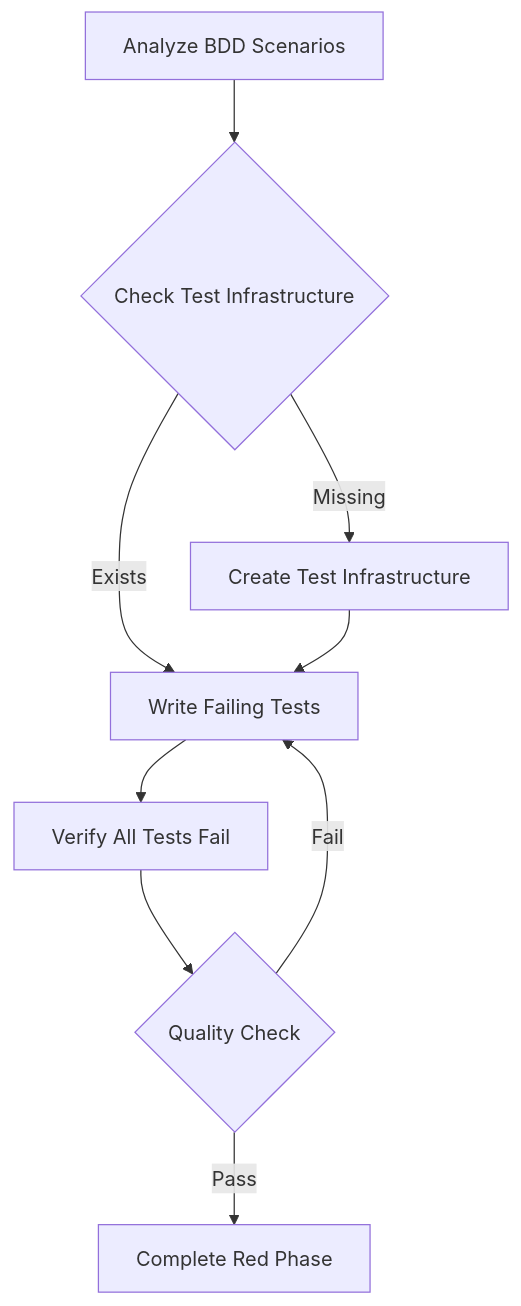
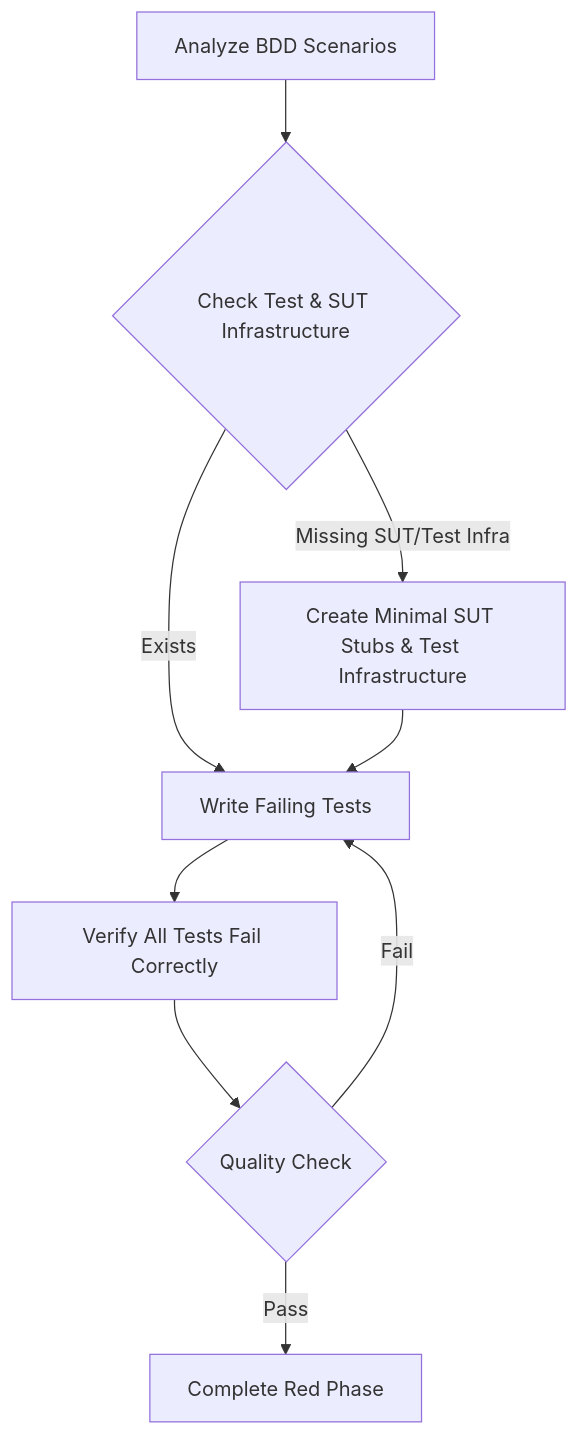
The diagram in tools/tdd/red_phase.md (iamhenry/Roo-Rules-and-Tools), drawn with Mermaid before and after one commit. The commit also changed other lines of this file, not shown here.

Commit message:
Restructured to allow creation of other file types besides tests

````diff
--- a/tools/tdd/red_phase.md
+++ b/tools/tdd/red_phase.md
@@ -13,11 +17,11 @@
 ```mermaid
 flowchart TD
-    A[Analyze BDD Scenarios] --> B{Check Test Infrastructure}
-    B -->|Missing| C[Create Test Infrastructure]
+    A[Analyze BDD Scenarios] --> B{Check Test & SUT Infrastructure}
+    B -->|Missing SUT/Test Infra| C[Create Minimal SUT Stubs & Test Infrastructure]
     B -->|Exists| D[Write Failing Tests]
     C --> D[Write Failing Tests]
-    D --> E[Verify All Tests Fail]
+    D --> E[Verify All Tests Fail Correctly]
     E --> F{Quality Check}
     F -->|Pass| G[Complete Red Phase]
     F -->|Fail| D
 ```
````
